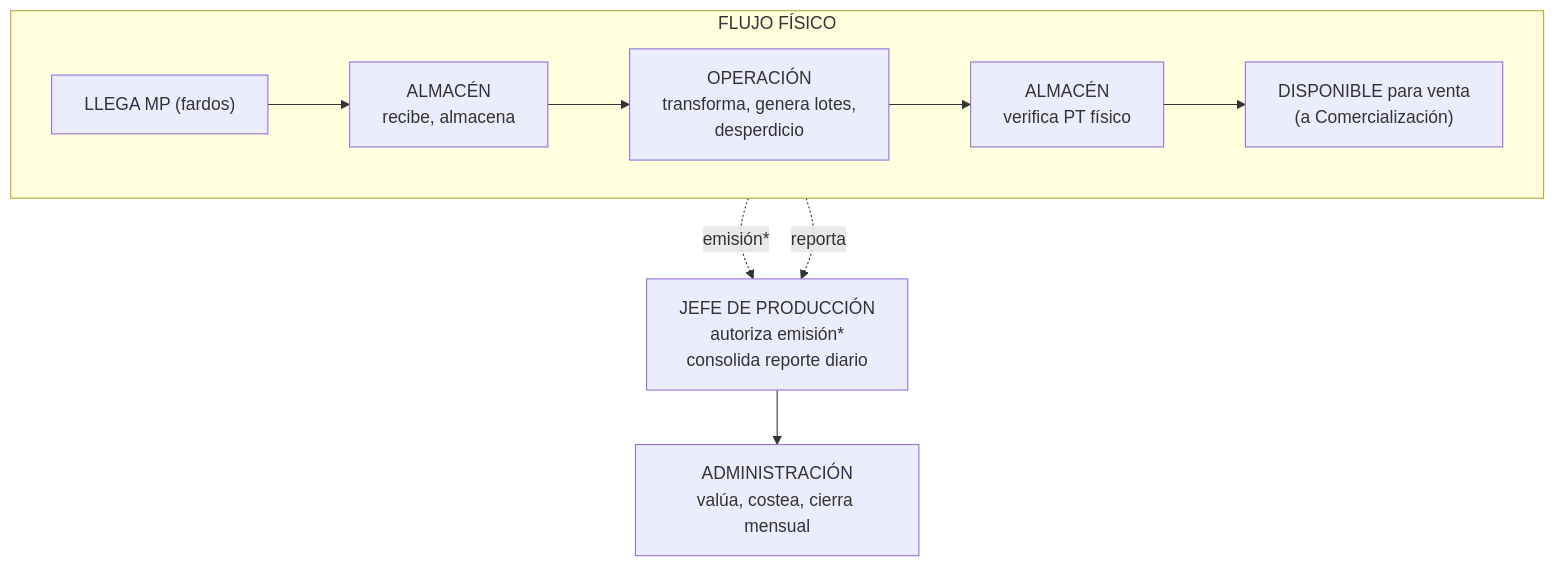
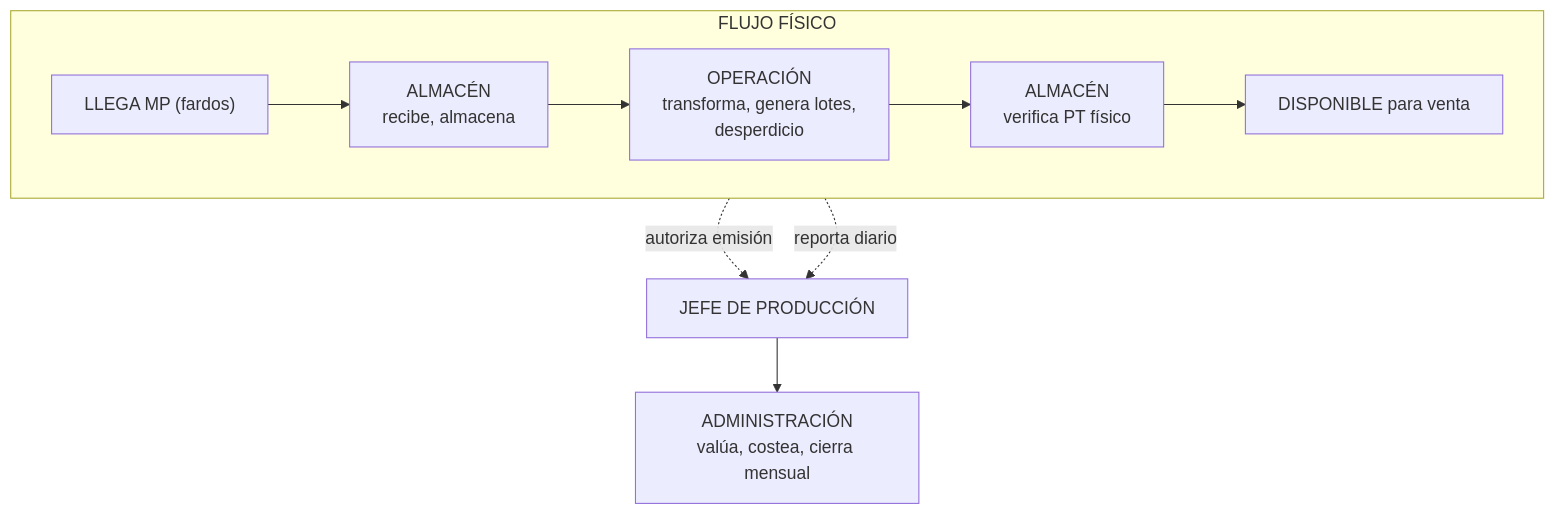
Before and after one commit to luiscm17/yarn-epr: the diagram in docs/prd.md, drawn with Mermaid. The commit also changed other lines of this file, not shown here.

````diff
--- a/docs/prd.md
+++ b/docs/prd.md
@@ -122,15 +122,15 @@
 ```mermaid
 flowchart TB
     subgraph FP["FLUJO FÍSICO"]
         direction LR
         MP["LLEGA MP (fardos)"] --> ALM_R["ALMACÉN<br>recibe, almacena"]
         ALM_R --> OPE["OPERACIÓN<br>transforma, genera lotes,<br>desperdicio"]
         OPE --> ALM_V["ALMACÉN<br>verifica PT físico"]
-        ALM_V --> DISP["DISPONIBLE para venta<br>(a Comercialización)"]
+        ALM_V --> DISP["DISPONIBLE para venta"]
     end
 
-    ALM_R -.->|emisión*| JP["JEFE DE PRODUCCIÓN<br>autoriza emisión*<br>consolida reporte diario"]
-    OPE -.->|reporta| JP
+    ALM_R -.->|autoriza emisión| JP["JEFE DE PRODUCCIÓN"]
+    OPE -.->|reporta diario| JP
 
     JP --> ADMIN["ADMINISTRACIÓN<br>valúa, costea, cierra mensual"]
 ```
````
